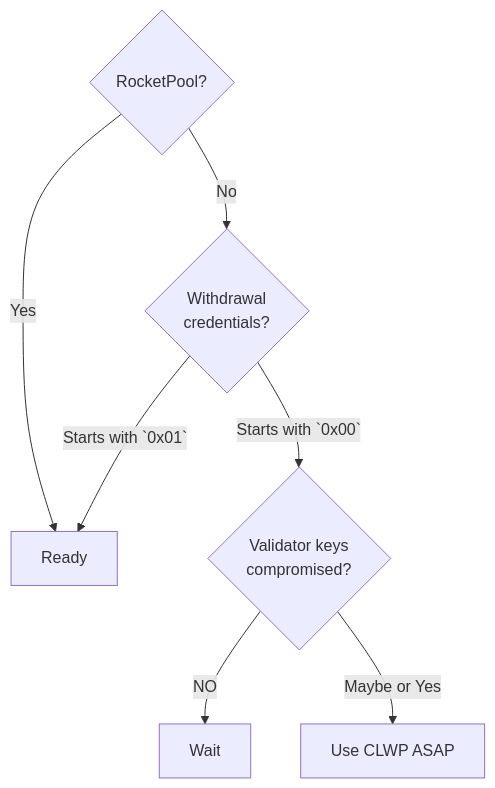
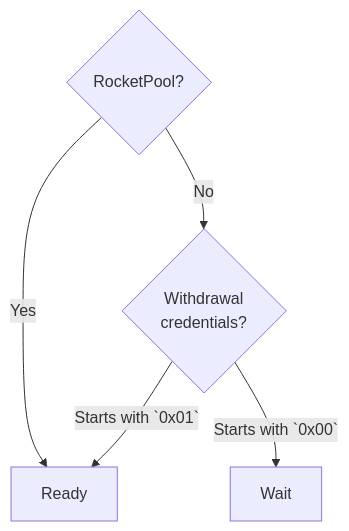
One commit to AvadoDServer/avado-docs changed the diagram in content/specials/withdrawals.md. Above: the diagram before and after it, drawn with Mermaid. The commit also changed other lines of this file, not shown here.

```diff
--- a/content/specials/withdrawals.md
+++ b/content/specials/withdrawals.md
@@ -19,10 +12,9 @@
 {{< mermaid class="text-center" >}}
 flowchart TD
 
 X{RocketPool?} -->|Yes| R[Ready]
 X --> |No| A
 A{Withdrawal <br/>credentials?} -->|Starts with `0x01`| R[Ready]
 A -->|Starts with `0x00`| C
-C{Validator keys <br/> compromised?} -->|NO| W[Wait]
-C -->|Maybe or Yes| D[Use CLWP ASAP];
+C[Wait]
 {{< /mermaid >}}
```
